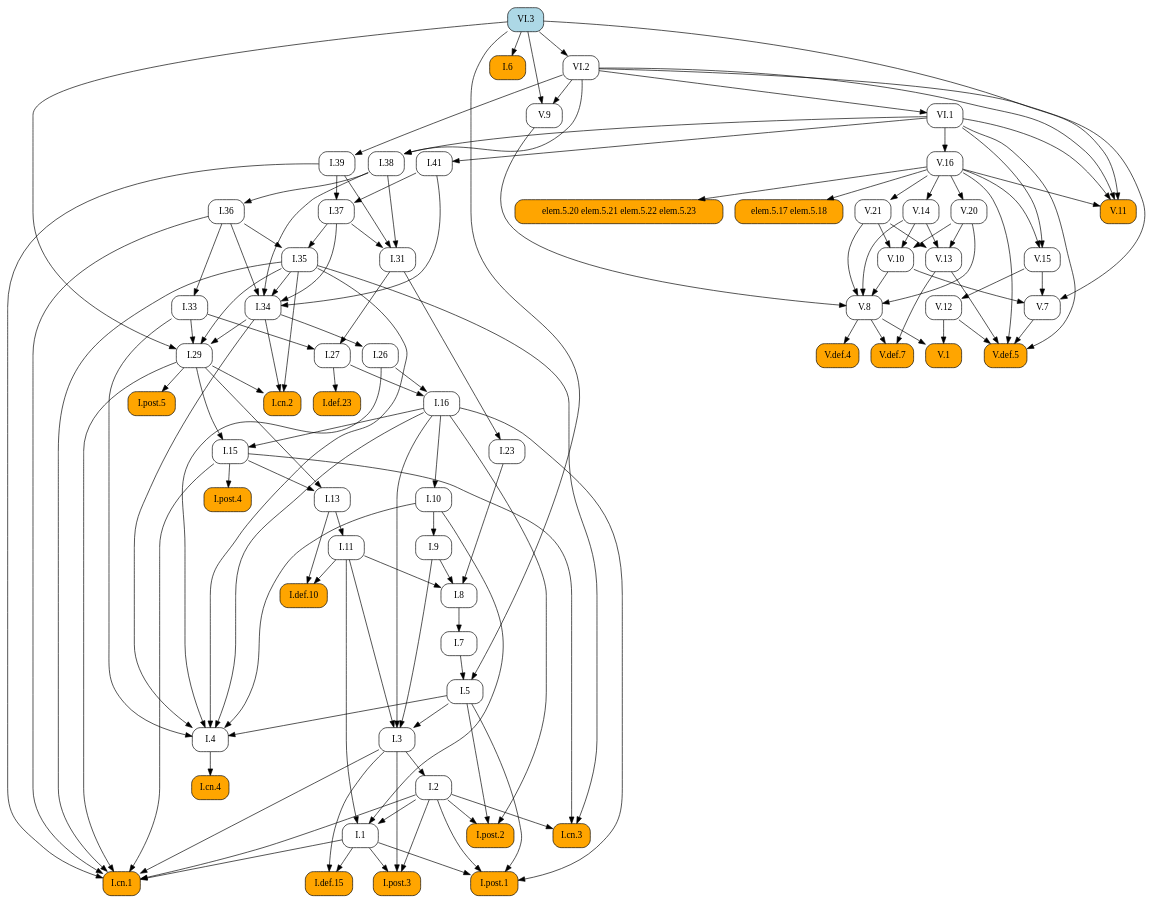
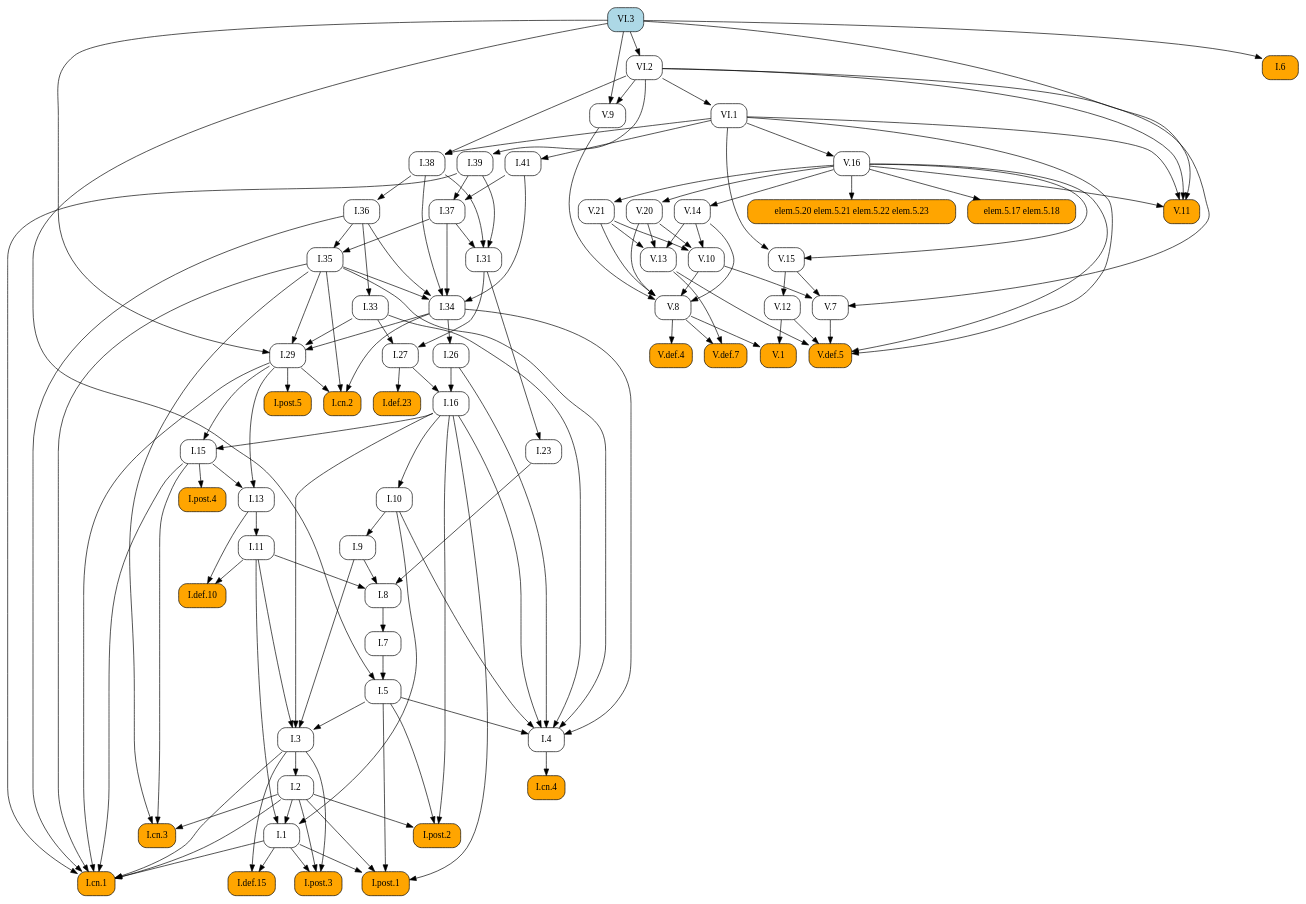
The diagram in docsrc/heath/VI/3/index.rst (geometor/elements), drawn with Graphviz before and after one commit. The commit also changed other lines of this file and 1029 other files, not shown here.

```diff
--- a/docsrc/heath/VI/3/index.rst
+++ b/docsrc/heath/VI/3/index.rst
@@ -80,184 +80,109 @@
    digraph {
      rankdir="TB";
      node [shape=box, style=rounded];
+     "I.def.10" [style="rounded,filled", fillcolor=orange, URL="/heath/I/def.10/", target="_top"];
+     "I.11" [URL="/heath/I/11/", target="_top"];
+     "I.post.4" [style="rounded,filled", fillcolor=orange, URL="/heath/I/post.4/", target="_top"];
+     "I.1" [URL="/heath/I/1/", target="_top"];
+     "I.39" [URL="/heath/I/39/", target="_top"];
+     "I.26" [URL="/heath/I/26/", target="_top"];
+     "V.14" [URL="/heath/V/14/", target="_top"];
+     "I.29" [URL="/heath/I/29/", target="_top"];
+     "V.def.5" [style="rounded,filled", fillcolor=orange, URL="/heath/V/def.5/", target="_top"];
+     "V.12" [URL="/heath/V/12/", target="_top"];
+     "I.cn.2" [style="rounded,filled", fillcolor=orange, URL="/heath/I/cn.2/", target="_top"];
+     "V.20" [URL="/heath/V/20/", target="_top"];
+     "V.10" [URL="/heath/V/10/", target="_top"];
+     "V.11" [style="rounded,filled", fillcolor=orange, URL="/heath/V/11/", target="_top"];
+     "VI.2" [URL="/heath/VI/2/", target="_top"];
+     "V.13" [URL="/heath/V/13/", target="_top"];
+     "I.def.15" [style="rounded,filled", fillcolor=orange, URL="/heath/I/def.15/", target="_top"];
+     "I.post.3" [style="rounded,filled", fillcolor=orange, URL="/heath/I/post.3/", target="_top"];
+     "VI.1" [URL="/heath/VI/1/", target="_top"];
+     "V.15" [URL="/heath/V/15/", target="_top"];
+     "I.cn.1" [style="rounded,filled", fillcolor=orange, URL="/heath/I/cn.1/", target="_top"];
+     "I.cn.3" [style="rounded,filled", fillcolor=orange, URL="/heath/I/cn.3/", target="_top"];
+     "V.7" [URL="/heath/V/7/", target="_top"];
+     "V.9" [URL="/heath/V/9/", target="_top"];
+     "V.16" [URL="/heath/V/16/", target="_top"];
+     "I.23" [URL="/heath/I/23/", target="_top"];
+     "I.post.1" [style="rounded,filled", fillcolor=orange, URL="/heath/I/post.1/", target="_top"];
+     "I.35" [URL="/heath/I/35/", target="_top"];
+     "V.8" [URL="/heath/V/8/", target="_top"];
+     "I.36" [URL="/heath/I/36/", target="_top"];
+     "I.41" [URL="/heath/I/41/", target="_top"];
+     "I.27" [URL="/heath/I/27/", target="_top"];
+     "I.37" [URL="/heath/I/37/", target="_top"];
+     "I.6" [style="rounded,filled", fillcolor=orange, URL="/heath/I/6/", target="_top"];
+     "I.3" [URL="/heath/I/3/", target="_top"];
+     "I.34" [URL="/heath/I/34/", target="_top"];
+     "I.7" [URL="/heath/I/7/", target="_top"];
+     "I.2" [URL="/heath/I/2/", target="_top"];
+     "I.4" [URL="/heath/I/4/", target="_top"];
+     "I.def.23" [style="rounded,filled", fillcolor=orange, URL="/heath/I/def.23/", target="_top"];
+     "I.13" [URL="/heath/I/13/", target="_top"];
+     "I.33" [URL="/heath/I/33/", target="_top"];
+     "I.post.2" [style="rounded,filled", fillcolor=orange, URL="/heath/I/post.2/", target="_top"];
+     "I.31" [URL="/heath/I/31/", target="_top"];
+     "VI.3" [style="rounded,filled", fillcolor=lightblue, URL="/heath/VI/3/", target="_top"];
      "V.1" [style="rounded,filled", fillcolor=orange, URL="/heath/V/1/", target="_top"];
-     "I.cn.3" [style="rounded,filled", fillcolor=orange, URL="/heath/I/cn.3/", target="_top"];
-     "I.29" [URL="/heath/I/29/", target="_top"];
-     "I.7" [URL="/heath/I/7/", target="_top"];
-     "I.27" [URL="/heath/I/27/", target="_top"];
+     "I.16" [URL="/heath/I/16/", target="_top"];
+     "elem.5.20 elem.5.21 elem.5.22 elem.5.23" [style="rounded,filled", fillcolor=orange];
+     "elem.5.17 elem.5.18" [style="rounded,filled", fillcolor=orange];
+     "I.9" [URL="/heath/I/9/", target="_top"];
+     "I.8" [URL="/heath/I/8/", target="_top"];
+     "I.cn.4" [style="rounded,filled", fillcolor=orange, URL="/heath/I/cn.4/", target="_top"];
+     "V.def.4" [style="rounded,filled", fillcolor=orange, URL="/heath/V/def.4/", target="_top"];
+     "I.15" [URL="/heath/I/15/", target="_top"];
+     "I.post.5" [style="rounded,filled", fillcolor=orange, URL="/heath/I/post.5/", target="_top"];
      "I.38" [URL="/heath/I/38/", target="_top"];
-     "V.16" [URL="/heath/V/16/", target="_top"];
-     "V.15" [URL="/heath/V/15/", target="_top"];
-     "V.20" [URL="/heath/V/20/", target="_top"];
-     "I.34" [URL="/heath/I/34/", target="_top"];
-     "I.def.23" [style="rounded,filled", fillcolor=orange, URL="/heath/I/def.23/", target="_top"];
-     "I.8" [URL="/heath/I/8/", target="_top"];
-     "I.9" [URL="/heath/I/9/", target="_top"];
-     "V.def.4" [style="rounded,filled", fillcolor=orange, URL="/heath/V/def.4/", target="_top"];
+     "V.def.7" [style="rounded,filled", fillcolor=orange, URL="/heath/V/def.7/", target="_top"];
+     "I.10" [URL="/heath/I/10/", target="_top"];
+     "I.5" [URL="/heath/I/5/", target="_top"];
      "V.21" [URL="/heath/V/21/", target="_top"];
-     "V.8" [URL="/heath/V/8/", target="_top"];
-     "I.post.4" [style="rounded,filled", fillcolor=orange, URL="/heath/I/post.4/", target="_top"];
-     "I.2" [URL="/heath/I/2/", target="_top"];
-     "V.7" [URL="/heath/V/7/", target="_top"];
-     "I.def.15" [style="rounded,filled", fillcolor=orange, URL="/heath/I/def.15/", target="_top"];
-     "I.1" [URL="/heath/I/1/", target="_top"];
-     "I.post.1" [style="rounded,filled", fillcolor=orange, URL="/heath/I/post.1/", target="_top"];
-     "V.13" [URL="/heath/V/13/", target="_top"];
-     "I.cn.4" [style="rounded,filled", fillcolor=orange, URL="/heath/I/cn.4/", target="_top"];
-     "I.26" [URL="/heath/I/26/", target="_top"];
-     "I.33" [URL="/heath/I/33/", target="_top"];
-     "VI.2" [URL="/heath/VI/2/", target="_top"];
-     "V.def.7" [style="rounded,filled", fillcolor=orange, URL="/heath/V/def.7/", target="_top"];
-     "I.39" [URL="/heath/I/39/", target="_top"];
-     "elem.5.20 elem.5.21 elem.5.22 elem.5.23" [style="rounded,filled", fillcolor=orange];
-     "I.6" [style="rounded,filled", fillcolor=orange, URL="/heath/I/6/", target="_top"];
-     "I.13" [URL="/heath/I/13/", target="_top"];
-     "I.23" [URL="/heath/I/23/", target="_top"];
-     "I.cn.2" [style="rounded,filled", fillcolor=orange, URL="/heath/I/cn.2/", target="_top"];
-     "I.5" [URL="/heath/I/5/", target="_top"];
-     "VI.3" [style="rounded,filled", fillcolor=lightblue, URL="/heath/VI/3/", target="_top"];
-     "I.11" [URL="/heath/I/11/", target="_top"];
-     "V.10" [URL="/heath/V/10/", target="_top"];
-     "V.def.5" [style="rounded,filled", fillcolor=orange, URL="/heath/V/def.5/", target="_top"];
-     "I.4" [URL="/heath/I/4/", target="_top"];
-     "I.10" [URL="/heath/I/10/", target="_top"];
-     "I.3" [URL="/heath/I/3/", target="_top"];
-     "I.16" [URL="/heath/I/16/", target="_top"];
-     "I.31" [URL="/heath/I/31/", target="_top"];
-     "I.def.10" [style="rounded,filled", fillcolor=orange, URL="/heath/I/def.10/", target="_top"];
-     "V.11" [style="rounded,filled", fillcolor=orange, URL="/heath/V/11/", target="_top"];
-     "I.post.2" [style="rounded,filled", fillcolor=orange, URL="/heath/I/post.2/", target="_top"];
-     "I.post.3" [style="rounded,filled", fillcolor=orange, URL="/heath/I/post.3/", target="_top"];
-     "I.post.5" [style="rounded,filled", fillcolor=orange, URL="/heath/I/post.5/", target="_top"];
-     "V.9" [URL="/heath/V/9/", target="_top"];
-     "VI.1" [URL="/heath/VI/1/", target="_top"];
-     "elem.5.17 elem.5.18" [style="rounded,filled", fillcolor=orange];
-     "I.36" [URL="/heath/I/36/", target="_top"];
-     "I.35" [URL="/heath/I/35/", target="_top"];
-     "V.12" [URL="/heath/V/12/", target="_top"];
-     "I.15" [URL="/heath/I/15/", target="_top"];
-     "I.cn.1" [style="rounded,filled", fillcolor=orange, URL="/heath/I/cn.1/", target="_top"];
-     "I.41" [URL="/heath/I/41/", target="_top"];
-     "I.37" [URL="/heath/I/37/", target="_top"];
-     "V.14" [URL="/heath/V/14/", target="_top"];
-     "V.8" -> "V.1";
-     "V.12" -> "V.1";
-     "I.2" -> "I.cn.3";
-     "I.15" -> "I.cn.3";
-     "I.35" -> "I.cn.3";
+     "I.11" -> "I.def.10";
+     "I.13" -> "I.def.10";
+     "I.13" -> "I.11";
+     "I.15" -> "I.post.4";
+     "I.2" -> "I.1";
+     "I.10" -> "I.1";
+     "I.11" -> "I.1";
+     "VI.2" -> "I.39";
+     "I.34" -> "I.26";
+     "V.16" -> "V.14";
      "I.33" -> "I.29";
      "I.34" -> "I.29";
      "I.35" -> "I.29";
      "VI.3" -> "I.29";
-     "I.8" -> "I.7";
-     "I.31" -> "I.27";
-     "I.33" -> "I.27";
-     "VI.1" -> "I.38";
-     "VI.2" -> "I.38";
-     "VI.1" -> "V.16";
-     "V.16" -> "V.15";
-     "VI.1" -> "V.15";
-     "V.16" -> "V.20";
-     "I.35" -> "I.34";
-     "I.36" -> "I.34";
-     "I.37" -> "I.34";
-     "I.38" -> "I.34";
-     "I.41" -> "I.34";
-     "I.27" -> "I.def.23";
-     "I.9" -> "I.8";
-     "I.11" -> "I.8";
-     "I.23" -> "I.8";
-     "I.10" -> "I.9";
-     "V.8" -> "V.def.4";
-     "V.16" -> "V.21";
-     "V.9" -> "V.8";
-     "V.10" -> "V.8";
-     "V.14" -> "V.8";
-     "V.20" -> "V.8";
-     "V.21" -> "V.8";
-     "I.15" -> "I.post.4";
-     "I.3" -> "I.2";
-     "V.10" -> "V.7";
-     "V.15" -> "V.7";
-     "VI.2" -> "V.7";
-     "I.1" -> "I.def.15";
-     "I.3" -> "I.def.15";
-     "I.2" -> "I.1";
-     "I.10" -> "I.1";
-     "I.11" -> "I.1";
-     "I.1" -> "I.post.1";
-     "I.2" -> "I.post.1";
-     "I.5" -> "I.post.1";
-     "I.16" -> "I.post.1";
-     "V.14" -> "V.13";
-     "V.20" -> "V.13";
-     "V.21" -> "V.13";
-     "I.4" -> "I.cn.4";
-     "I.34" -> "I.26";
-     "I.36" -> "I.33";
-     "VI.3" -> "VI.2";
-     "V.8" -> "V.def.7";
-     "V.13" -> "V.def.7";
-     "VI.2" -> "I.39";
-     "V.16" -> "elem.5.20 elem.5.21 elem.5.22 elem.5.23";
-     "VI.3" -> "I.6";
-     "I.15" -> "I.13";
-     "I.29" -> "I.13";
-     "I.31" -> "I.23";
-     "I.29" -> "I.cn.2";
-     "I.34" -> "I.cn.2";
-     "I.35" -> "I.cn.2";
-     "I.7" -> "I.5";
-     "VI.3" -> "I.5";
-     "I.13" -> "I.11";
-     "V.14" -> "V.10";
-     "V.20" -> "V.10";
-     "V.21" -> "V.10";
      "V.7" -> "V.def.5";
      "V.12" -> "V.def.5";
      "V.13" -> "V.def.5";
      "V.16" -> "V.def.5";
      "VI.1" -> "V.def.5";
-     "I.5" -> "I.4";
-     "I.10" -> "I.4";
-     "I.16" -> "I.4";
-     "I.26" -> "I.4";
-     "I.33" -> "I.4";
-     "I.34" -> "I.4";
-     "I.35" -> "I.4";
-     "I.16" -> "I.10";
-     "I.5" -> "I.3";
-     "I.9" -> "I.3";
-     "I.11" -> "I.3";
-     "I.16" -> "I.3";
-     "I.26" -> "I.16";
-     "I.27" -> "I.16";
-     "I.37" -> "I.31";
-     "I.38" -> "I.31";
-     "I.39" -> "I.31";
-     "I.11" -> "I.def.10";
-     "I.13" -> "I.def.10";
+     "V.15" -> "V.12";
+     "I.29" -> "I.cn.2";
+     "I.34" -> "I.cn.2";
+     "I.35" -> "I.cn.2";
+     "V.16" -> "V.20";
+     "V.14" -> "V.10";
+     "V.20" -> "V.10";
+     "V.21" -> "V.10";
      "V.16" -> "V.11";
      "VI.1" -> "V.11";
      "VI.2" -> "V.11";
      "VI.3" -> "V.11";
-     "I.2" -> "I.post.2";
-     "I.5" -> "I.post.2";
-     "I.16" -> "I.post.2";
+     "VI.3" -> "VI.2";
+     "V.14" -> "V.13";
+     "V.20" -> "V.13";
+     "V.21" -> "V.13";
+     "I.1" -> "I.def.15";
+     "I.3" -> "I.def.15";
      "I.1" -> "I.post.3";
      "I.2" -> "I.post.3";
      "I.3" -> "I.post.3";
-     "I.29" -> "I.post.5";
-     "VI.2" -> "V.9";
-     "VI.3" -> "V.9";
      "VI.2" -> "VI.1";
-     "V.16" -> "elem.5.17 elem.5.18";
-     "I.38" -> "I.36";
-     "I.36" -> "I.35";
-     "I.37" -> "I.35";
-     "V.15" -> "V.12";
-     "I.16" -> "I.15";
-     "I.29" -> "I.15";
+     "V.16" -> "V.15";
+     "VI.1" -> "V.15";
      "I.1" -> "I.cn.1";
      "I.2" -> "I.cn.1";
      "I.3" -> "I.cn.1";
@@ -266,8 +191,83 @@
      "I.35" -> "I.cn.1";
      "I.36" -> "I.cn.1";
      "I.39" -> "I.cn.1";
+     "I.2" -> "I.cn.3";
+     "I.15" -> "I.cn.3";
+     "I.35" -> "I.cn.3";
+     "V.10" -> "V.7";
+     "V.15" -> "V.7";
+     "VI.2" -> "V.7";
+     "VI.2" -> "V.9";
+     "VI.3" -> "V.9";
+     "VI.1" -> "V.16";
+     "I.31" -> "I.23";
+     "I.1" -> "I.post.1";
+     "I.2" -> "I.post.1";
+     "I.5" -> "I.post.1";
+     "I.16" -> "I.post.1";
+     "I.36" -> "I.35";
+     "I.37" -> "I.35";
+     "V.9" -> "V.8";
+     "V.10" -> "V.8";
+     "V.14" -> "V.8";
+     "V.20" -> "V.8";
+     "V.21" -> "V.8";
+     "I.38" -> "I.36";
      "VI.1" -> "I.41";
+     "I.31" -> "I.27";
+     "I.33" -> "I.27";
      "I.39" -> "I.37";
      "I.41" -> "I.37";
-     "V.16" -> "V.14";
+     "VI.3" -> "I.6";
+     "I.5" -> "I.3";
+     "I.9" -> "I.3";
+     "I.11" -> "I.3";
+     "I.16" -> "I.3";
+     "I.35" -> "I.34";
+     "I.36" -> "I.34";
+     "I.37" -> "I.34";
+     "I.38" -> "I.34";
+     "I.41" -> "I.34";
+     "I.8" -> "I.7";
+     "I.3" -> "I.2";
+     "I.5" -> "I.4";
+     "I.10" -> "I.4";
+     "I.16" -> "I.4";
+     "I.26" -> "I.4";
+     "I.33" -> "I.4";
+     "I.34" -> "I.4";
+     "I.35" -> "I.4";
+     "I.27" -> "I.def.23";
+     "I.15" -> "I.13";
+     "I.29" -> "I.13";
+     "I.36" -> "I.33";
+     "I.2" -> "I.post.2";
+     "I.5" -> "I.post.2";
+     "I.16" -> "I.post.2";
+     "I.37" -> "I.31";
+     "I.38" -> "I.31";
+     "I.39" -> "I.31";
+     "V.8" -> "V.1";
+     "V.12" -> "V.1";
+     "I.26" -> "I.16";
+     "I.27" -> "I.16";
+     "V.16" -> "elem.5.20 elem.5.21 elem.5.22 elem.5.23";
+     "V.16" -> "elem.5.17 elem.5.18";
+     "I.10" -> "I.9";
+     "I.9" -> "I.8";
+     "I.11" -> "I.8";
+     "I.23" -> "I.8";
+     "I.4" -> "I.cn.4";
+     "V.8" -> "V.def.4";
+     "I.16" -> "I.15";
+     "I.29" -> "I.15";
+     "I.29" -> "I.post.5";
+     "VI.1" -> "I.38";
+     "VI.2" -> "I.38";
+     "V.8" -> "V.def.7";
+     "V.13" -> "V.def.7";
+     "I.16" -> "I.10";
+     "I.7" -> "I.5";
+     "VI.3" -> "I.5";
+     "V.16" -> "V.21";
    }
```
